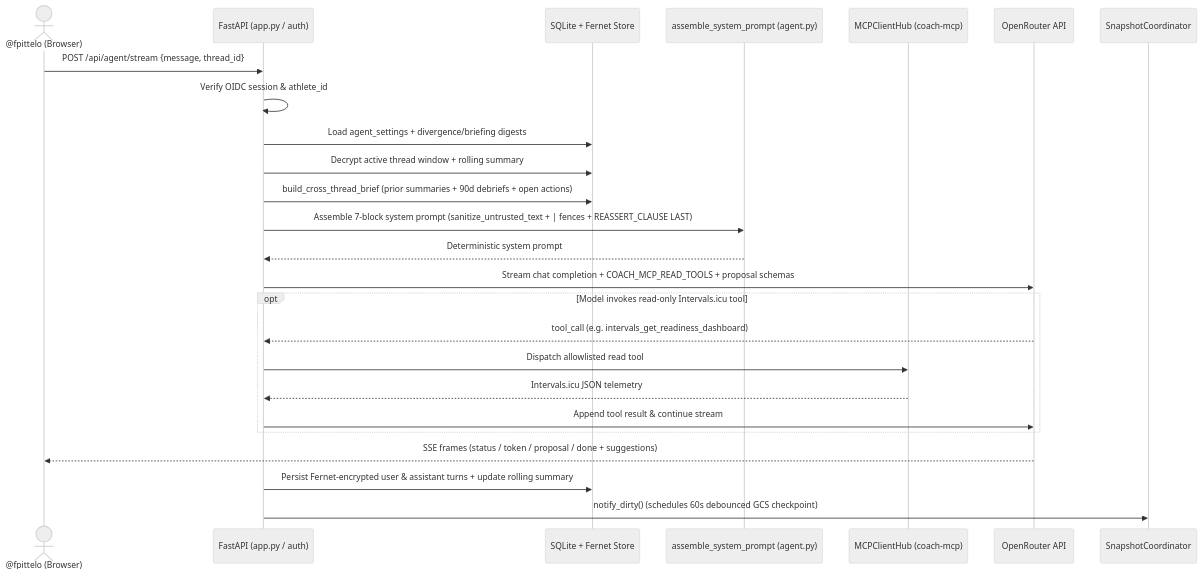
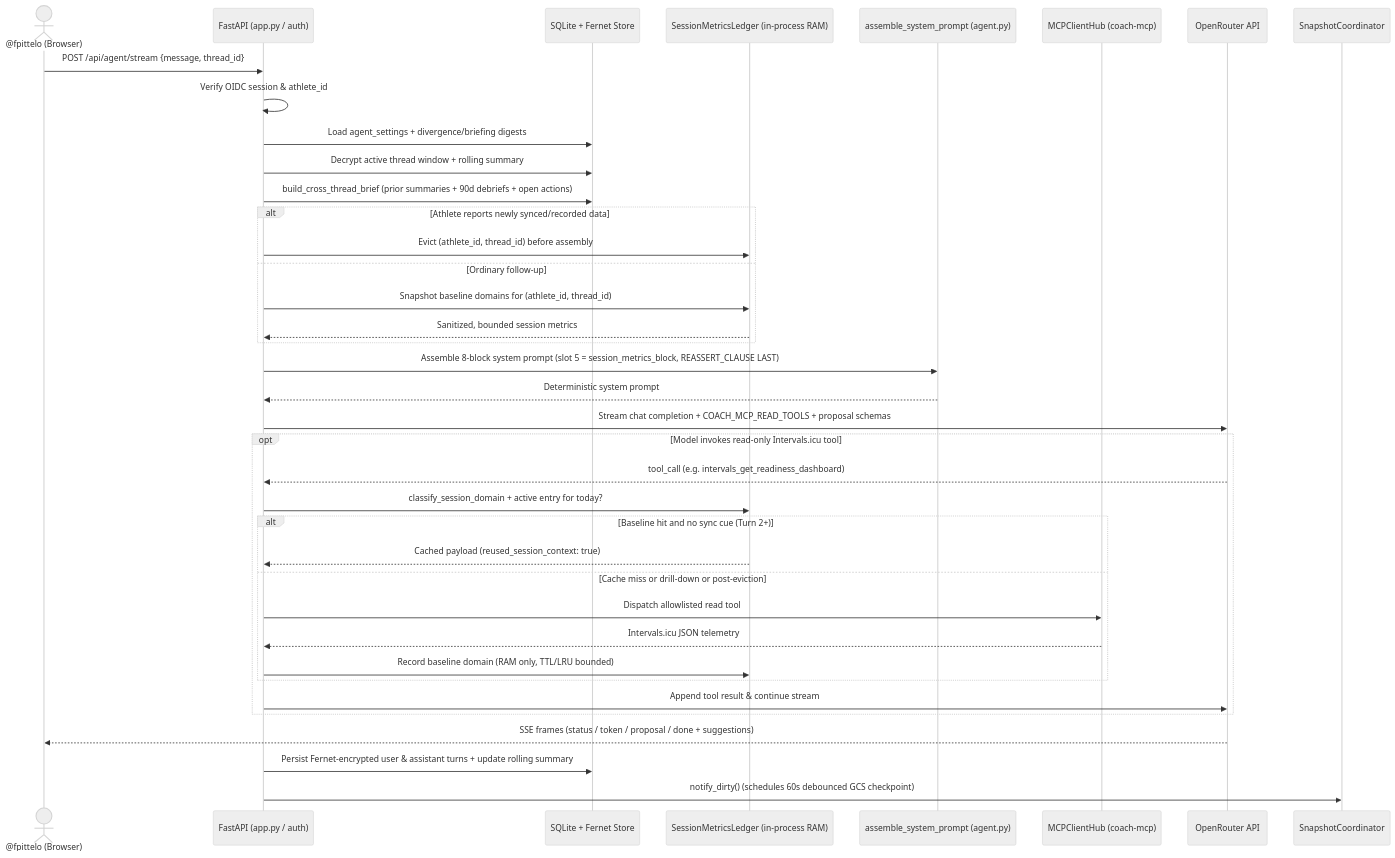
Before and after one commit to fpittelo/coach-web: the first of 3 diagrams in docs/architecture/arc42/02-runtime-and-delivery.md, drawn with Mermaid (neutral theme). The commit also changed other lines of this file and 4 other files, not shown here.

First line of the commit message:
docs(security,arc42): record shipped intra-session metrics state (#435)

````diff
--- a/docs/architecture/arc42/02-runtime-and-delivery.md
+++ b/docs/architecture/arc42/02-runtime-and-delivery.md
@@ -14,28 +14,41 @@
 ```mermaid
 sequenceDiagram
     actor Athlete as @fpittelo (Browser)
     participant App as FastAPI (app.py / auth)
     participant Store as SQLite + Fernet Store
+    participant Ledger as SessionMetricsLedger (in-process RAM)
     participant Seam as assemble_system_prompt (agent.py)
     participant Hub as MCPClientHub (coach-mcp)
     participant LLM as OpenRouter API
     participant Snap as SnapshotCoordinator
 
     Athlete->>App: POST /api/agent/stream {message, thread_id}
     App->>App: Verify OIDC session & athlete_id
     App->>Store: Load agent_settings + divergence/briefing digests
     App->>Store: Decrypt active thread window + rolling summary
     App->>Store: build_cross_thread_brief (prior summaries + 90d debriefs + open actions)
-    App->>Seam: Assemble 7-block system prompt (sanitize_untrusted_text + | fences + REASSERT_CLAUSE LAST)
+    alt Athlete reports newly synced/recorded data
+        App->>Ledger: Evict (athlete_id, thread_id) before assembly
+    else Ordinary follow-up
+        App->>Ledger: Snapshot baseline domains for (athlete_id, thread_id)
+        Ledger-->>App: Sanitized, bounded session metrics
+    end
+    App->>Seam: Assemble 8-block system prompt (slot 5 = session_metrics_block, REASSERT_CLAUSE LAST)
     Seam-->>App: Deterministic system prompt
     App->>LLM: Stream chat completion + COACH_MCP_READ_TOOLS + proposal schemas
     opt Model invokes read-only Intervals.icu tool
         LLM-->>App: tool_call (e.g. intervals_get_readiness_dashboard)
-        App->>Hub: Dispatch allowlisted read tool
-        Hub-->>App: Intervals.icu JSON telemetry
+        App->>Ledger: classify_session_domain + active entry for today?
+        alt Baseline hit and no sync cue (Turn 2+)
+            Ledger-->>App: Cached payload (reused_session_context: true)
+        else Cache miss or drill-down or post-eviction
+            App->>Hub: Dispatch allowlisted read tool
+            Hub-->>App: Intervals.icu JSON telemetry
+            App->>Ledger: Record baseline domain (RAM only, TTL/LRU bounded)
+        end
         App->>LLM: Append tool result & continue stream
     end
     LLM-->>Athlete: SSE frames (status / token / proposal / done + suggestions)
     App->>Store: Persist Fernet-encrypted user & assistant turns + update rolling summary
     App->>Snap: notify_dirty() (schedules 60s debounced GCS checkpoint)
 ```
````
